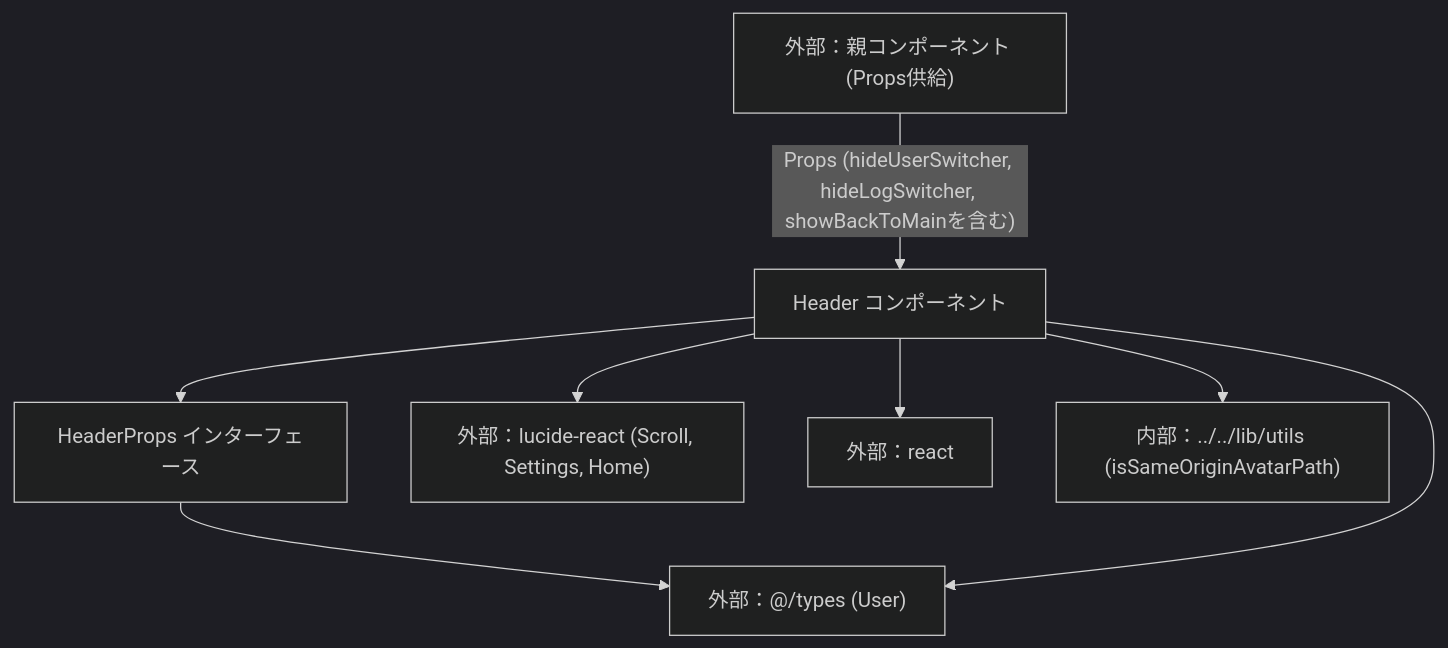
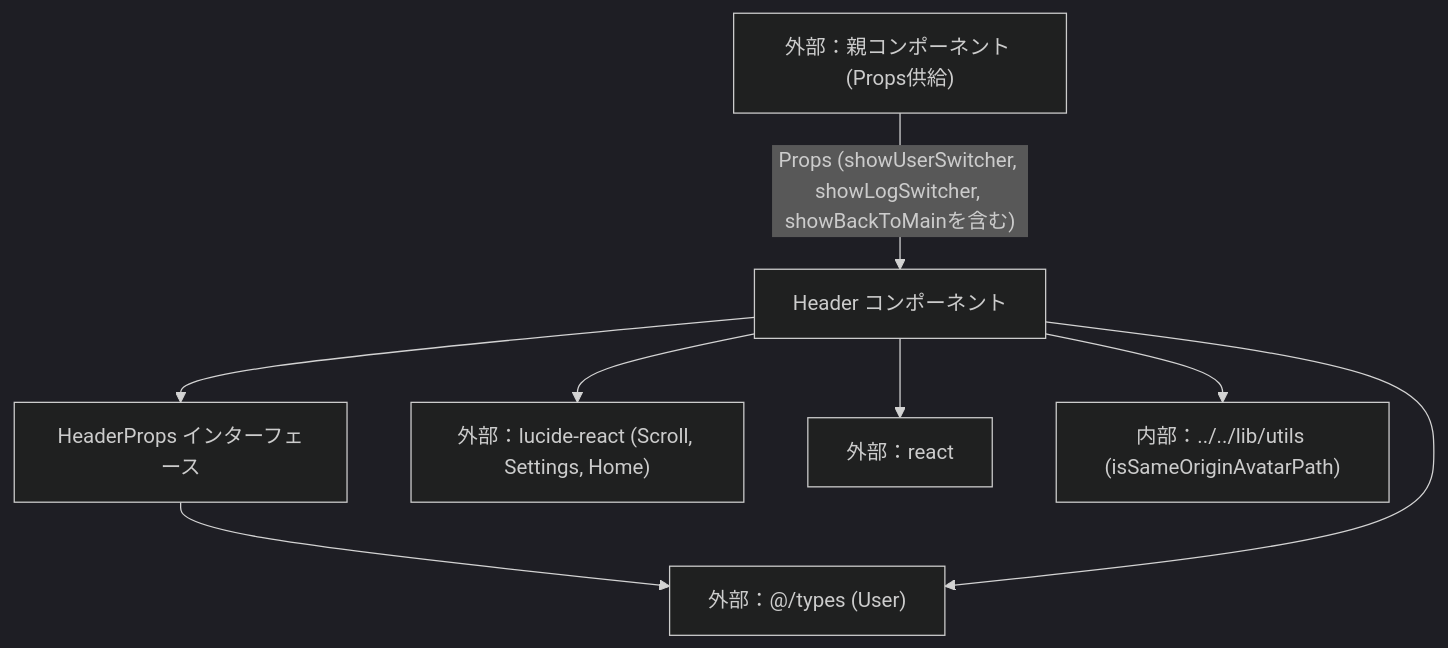
Before and after one commit to mmtigers/my_python_project: the second of 2 diagrams in docs/specifications/family-quest/src/components/layout/Header.md, drawn with Mermaid (dark theme). The commit also changed other lines of this file and 87 other files, not shown here.

````diff
--- a/docs/specifications/family-quest/src/components/layout/Header.md
+++ b/docs/specifications/family-quest/src/components/layout/Header.md
@@ -128,18 +131,18 @@
 ```mermaid
 graph TD
     Header["Header コンポーネント"]
     HeaderProps["HeaderProps インターフェース"]
     Types_User["外部：@/types (User)"]
     Lucide["外部：lucide-react (Scroll, Settings, Home)"]
     React["外部：react"]
     Utils["内部：../../lib/utils (isSameOriginAvatarPath)"]
     Parent["外部：親コンポーネント (Props供給)"]
 
     Header --> HeaderProps
     HeaderProps --> Types_User
     Header --> Types_User
     Header --> Lucide
     Header --> React
     Header --> Utils
-    Parent -->|"Props (hideUserSwitcher, hideLogSwitcher, showBackToMainを含む)"| Header
+    Parent -->|"Props (showUserSwitcher, showLogSwitcher, showBackToMainを含む)"| Header
 ```
````
